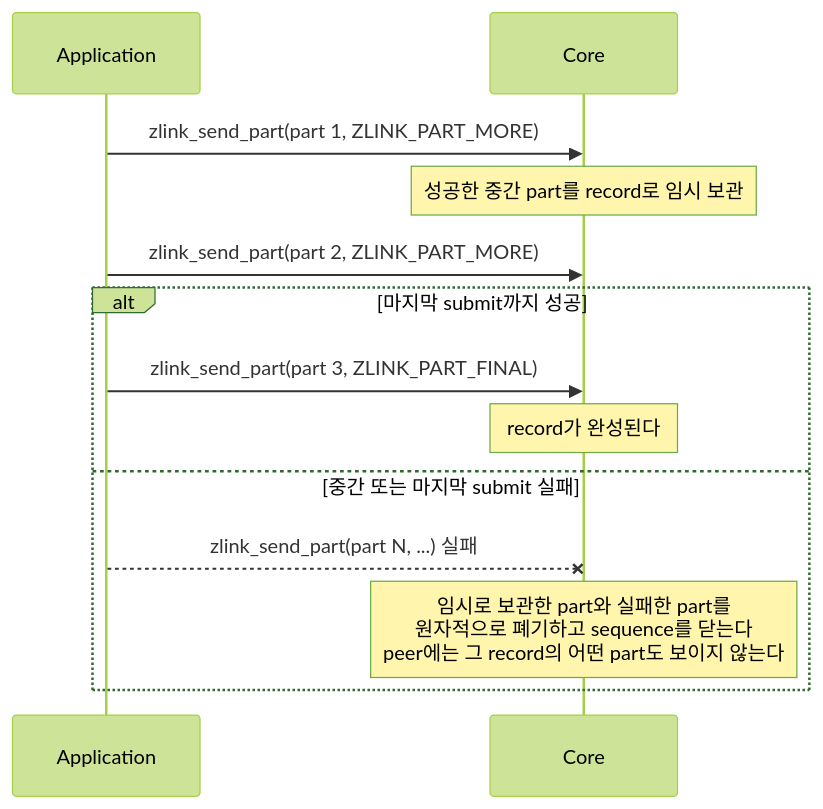
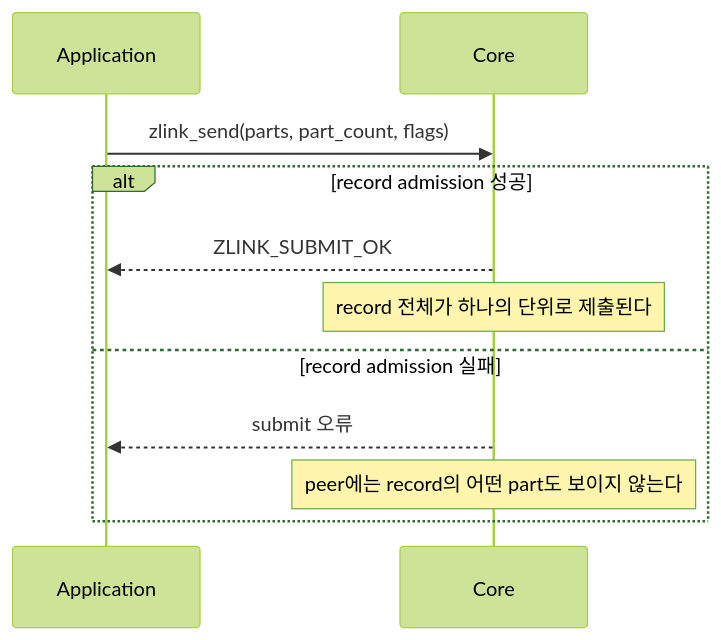
One commit to zlink-systems/zlink changed the diagram in core/doc/spec/core/socket/01-pair.ko.md. Above: the diagram before and after it, drawn with Mermaid (forest theme). The commit also changed other lines of this file and 34 other files, not shown here.

````diff
--- a/core/doc/spec/core/socket/01-pair.ko.md
+++ b/core/doc/spec/core/socket/01-pair.ko.md
@@ -48,15 +46,13 @@
 ```mermaid
 sequenceDiagram
     participant App as Application
     participant Core as Core
-    App->>Core: zlink_send_part(part 1, ZLINK_PART_MORE)
-    Note over Core: 성공한 중간 part를 record로 임시 보관
-    App->>Core: zlink_send_part(part 2, ZLINK_PART_MORE)
-    alt 마지막 submit까지 성공
-        App->>Core: zlink_send_part(part 3, ZLINK_PART_FINAL)
-        Note over Core: record가 완성된다
-    else 중간 또는 마지막 submit 실패
-        App--xCore: zlink_send_part(part N, ...) 실패
-        Note over Core: 임시로 보관한 part와 실패한 part를<br/>원자적으로 폐기하고 sequence를 닫는다<br/>peer에는 그 record의 어떤 part도 보이지 않는다
+    App->>Core: zlink_send(parts, part_count, flags)
+    alt record admission 성공
+        Core-->>App: ZLINK_SUBMIT_OK
+        Note over Core: record 전체가 하나의 단위로 제출된다
+    else record admission 실패
+        Core-->>App: submit 오류
+        Note over Core: peer에는 record의 어떤 part도 보이지 않는다
     end
 ```
````
